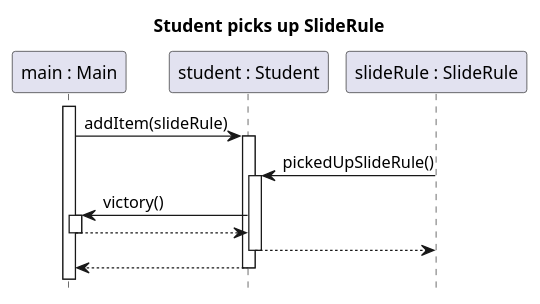
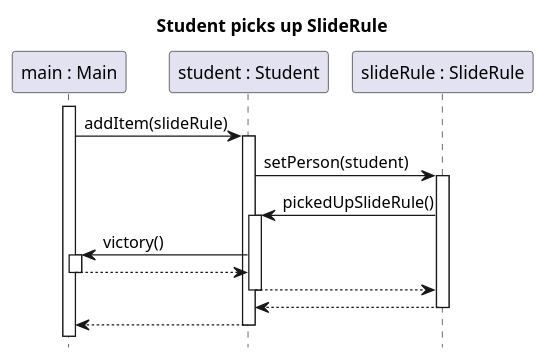
The diagram in docs/diagrams/test-sequence/student_pickup_sliderule.puml (sn4k3ch4rm3r/logarlec), drawn with PlantUML before and after one commit. The commit also changed 6 other files, not shown here.

Commit message:
Add new sequence diagrams

```diff
--- a/docs/diagrams/test-sequence/student_pickup_sliderule.puml
+++ b/docs/diagrams/test-sequence/student_pickup_sliderule.puml
@@ -1,19 +1,20 @@
 @startuml item-code-of-studies-use
 
 title Student picks up SlideRule
 hide footbox
 
 participant "main : Main" as main
 participant "student : Student" as student
 participant "slideRule : SlideRule" as slide
 activate main
 
 main-> student ++: addItem(slideRule)
-	slide -> student ++: pickedUpSlideRule()
-        student -> main ++: victory()
-        return
+    student -> slide ++: setPerson(student)
+	    slide -> student ++: pickedUpSlideRule()
+            student -> main ++: victory()
+            return
         return
 	return
-
+return
 
 @enduml
```
